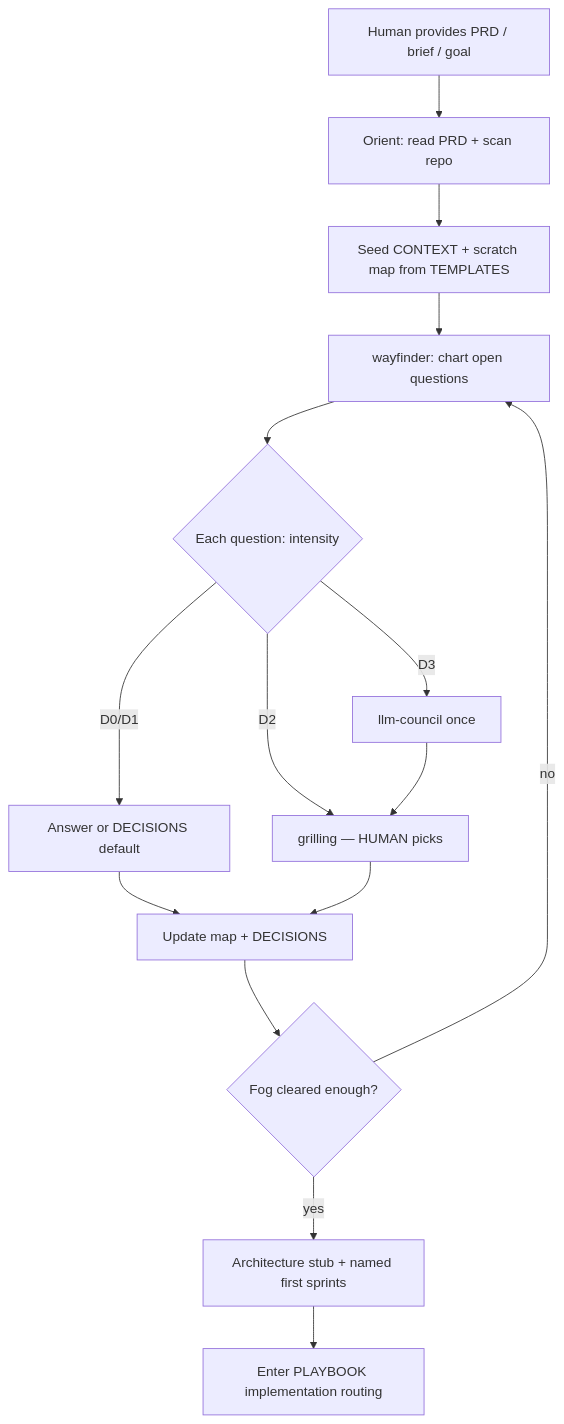
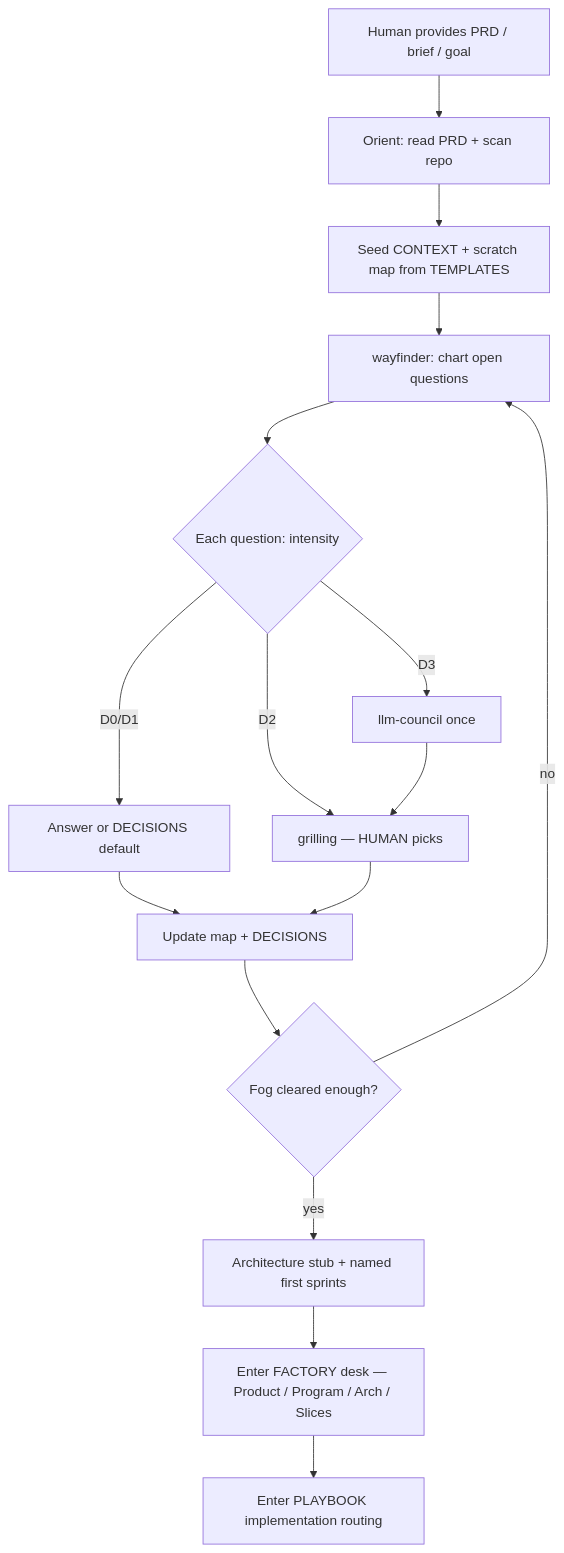
Before and after one commit to vishwaksena-dingari/computer-use-automation: the diagram in agent-os/FROM-PRD.md, drawn with Mermaid. The commit also changed other lines of this file and 38 other files, not shown here.

````diff
--- a/agent-os/FROM-PRD.md
+++ b/agent-os/FROM-PRD.md
@@ -29,16 +31,17 @@
 ```mermaid
 flowchart TD
   PRD[Human provides PRD / brief / goal] --> Orient[Orient: read PRD + scan repo]
   Orient --> Seed[Seed CONTEXT + scratch map from TEMPLATES]
   Seed --> Chart[wayfinder: chart open questions]
   Chart --> Sort{Each question: intensity}
   Sort -->|D0/D1| Ans[Answer or DECISIONS default]
   Sort -->|D2| Grill[grilling — HUMAN picks]
   Sort -->|D3| Council[llm-council once] --> Grill
   Ans --> Map[Update map + DECISIONS]
   Grill --> Map
   Map --> Fog{Fog cleared enough?}
   Fog -->|no| Chart
   Fog -->|yes| Arch[Architecture stub + named first sprints]
-  Arch --> Build[Enter PLAYBOOK implementation routing]
+  Arch --> Desk[Enter FACTORY desk — Product / Program / Arch / Slices]
+  Desk --> Build[Enter PLAYBOOK implementation routing]
 ```
````
